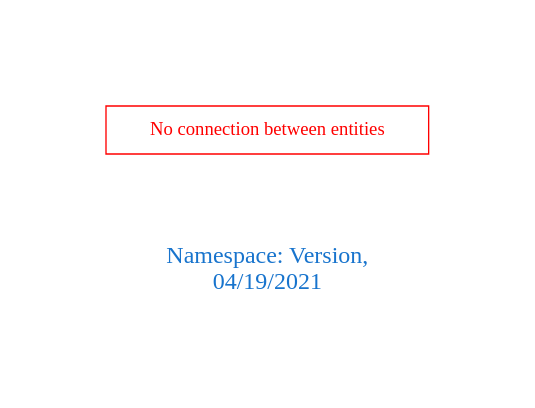
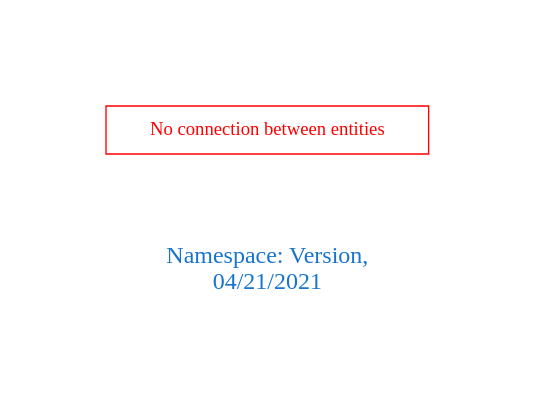
Before and after one commit to arago/OGIT: the diagram in downloads/Version.dot, drawn with Graphviz. The commit also changed 1868 other files, not shown here.

```diff
--- a/downloads/Version.dot
+++ b/downloads/Version.dot
@@ -1,9 +1,9 @@
 digraph OGIT_ontology {
  graph [ rankdir= LR,pad=1 
 fontsize = 18,
-fontcolor= dodgerblue3,label = "\n\n\nNamespace: Version, \n 04/19/2021"];
+fontcolor= dodgerblue3,label = "\n\n\nNamespace: Version, \n 04/21/2021"];
 node[shape=polygon];
 edge [  color="gray81"];
 
 "No connection between entities" [fontcolor = "red",color="red", shape="polygon"]
 }
```
